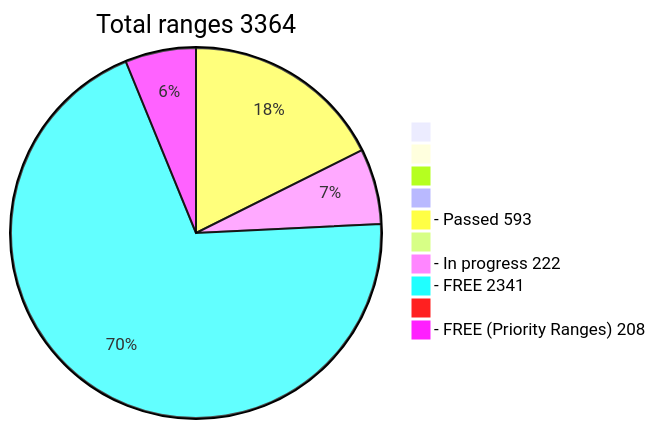
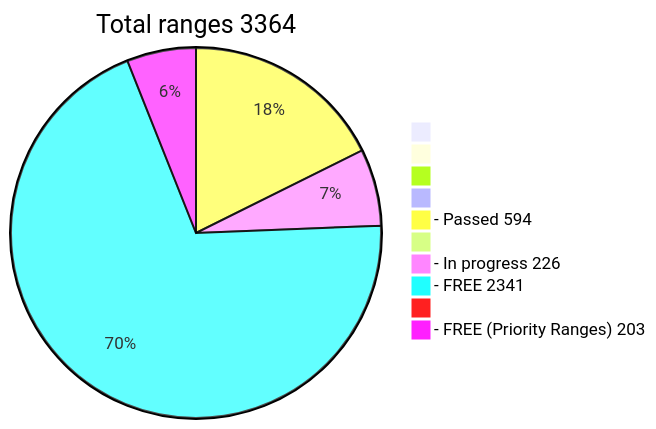
One commit to phrutis/wif500 changed the diagram in README.md. Above: the diagram before and after it, drawn with Mermaid.

````diff
--- a/README.md
+++ b/README.md
@@ -16,13 +16,13 @@
 ```mermaid
 pie title Total ranges 3364
              " " : 0
             "  " : 0
            "   " : 0
           "    " : 0
-  "- Passed 593" : 593
+  "- Passed 594" : 594
          "     " : 0
-  "- In progress 222" : 222
+  "- In progress 226" : 226
    "- FREE 2341" : 2341
         "      " : 0
-  "- FREE (Priority Ranges) 208" : 208
+  "- FREE (Priority Ranges) 203" : 203
 ```
````
